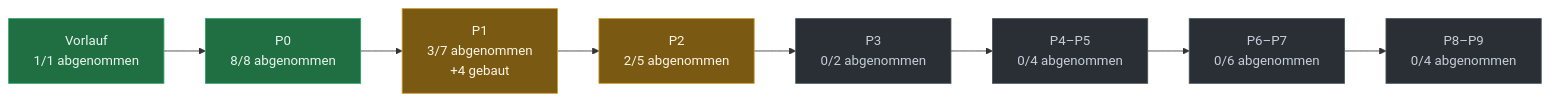
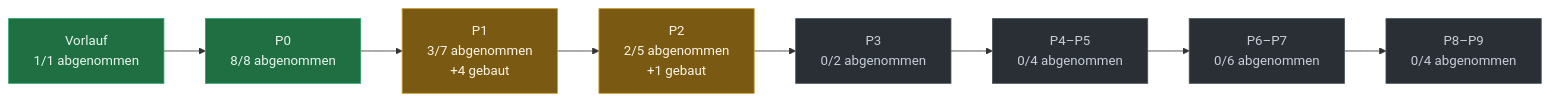
One commit to evenacadia-tech/Nakama changed the diagram in docs/PLAN-STAND.md. Above: the diagram before and after it, drawn with Mermaid. The commit also changed other lines of this file, not shown here.

````diff
--- a/docs/PLAN-STAND.md
+++ b/docs/PLAN-STAND.md
@@ -37,21 +37,21 @@
 ```mermaid
 flowchart LR
   P0["Vorlauf<br/>1/1 abgenommen"]:::fertig
   P1["P0<br/>8/8 abgenommen"]:::fertig
   P0 --> P1
   P2["P1<br/>3/7 abgenommen<br/>+4 gebaut"]:::laeuft
   P1 --> P2
-  P3["P2<br/>2/5 abgenommen"]:::laeuft
+  P3["P2<br/>2/5 abgenommen<br/>+1 gebaut"]:::laeuft
   P2 --> P3
   P4["P3<br/>0/2 abgenommen"]:::offen
   P3 --> P4
   P5["P4–P5<br/>0/4 abgenommen"]:::offen
   P4 --> P5
   P6["P6–P7<br/>0/6 abgenommen"]:::offen
   P5 --> P6
   P7["P8–P9<br/>0/4 abgenommen"]:::offen
   P6 --> P7
   classDef fertig fill:#1f6f43,stroke:#2ea36a,color:#eaf6ef
   classDef laeuft fill:#7a5a12,stroke:#c99a2e,color:#fdf6e6
   classDef offen  fill:#2a2f36,stroke:#4a525c,color:#c7ced8
 ```
````
